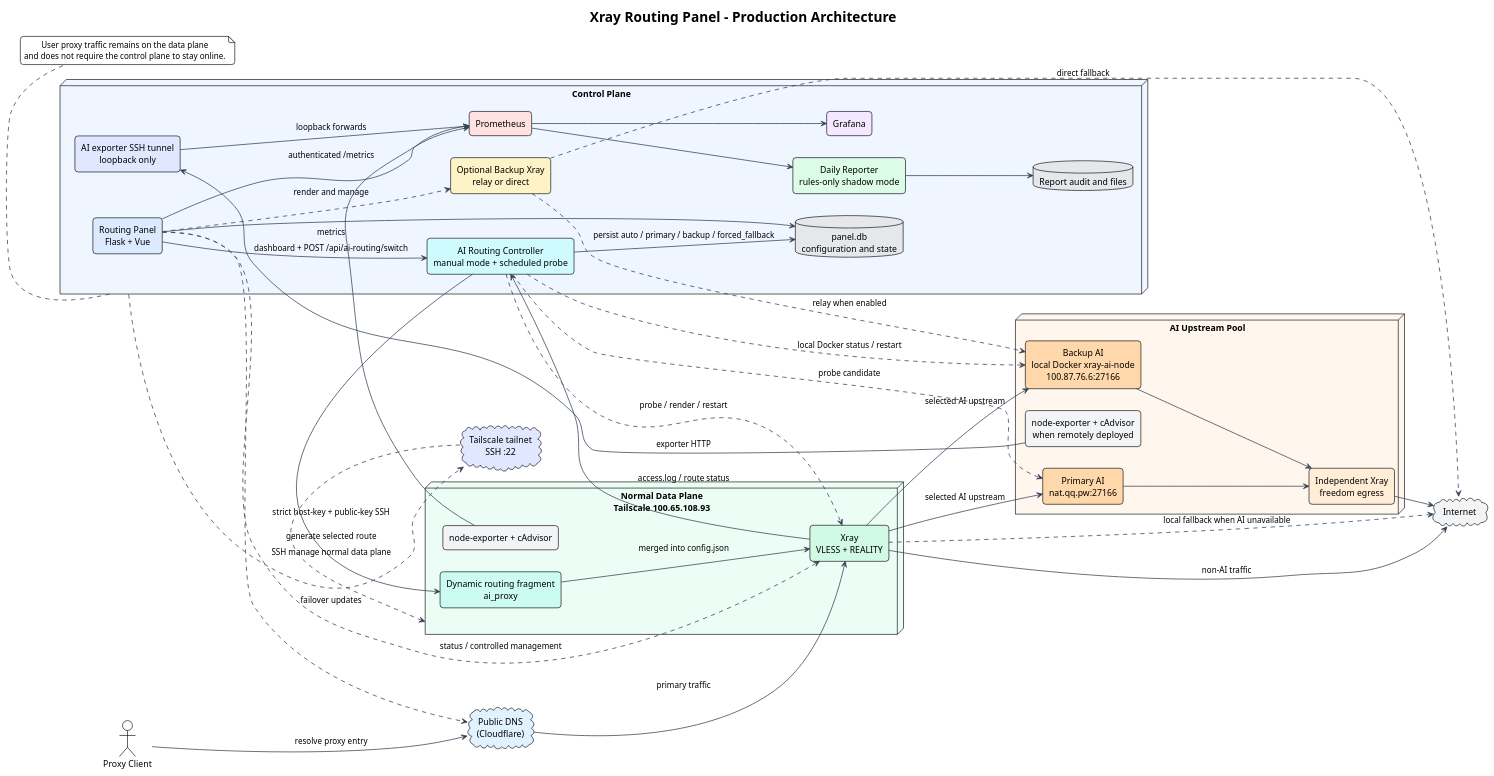
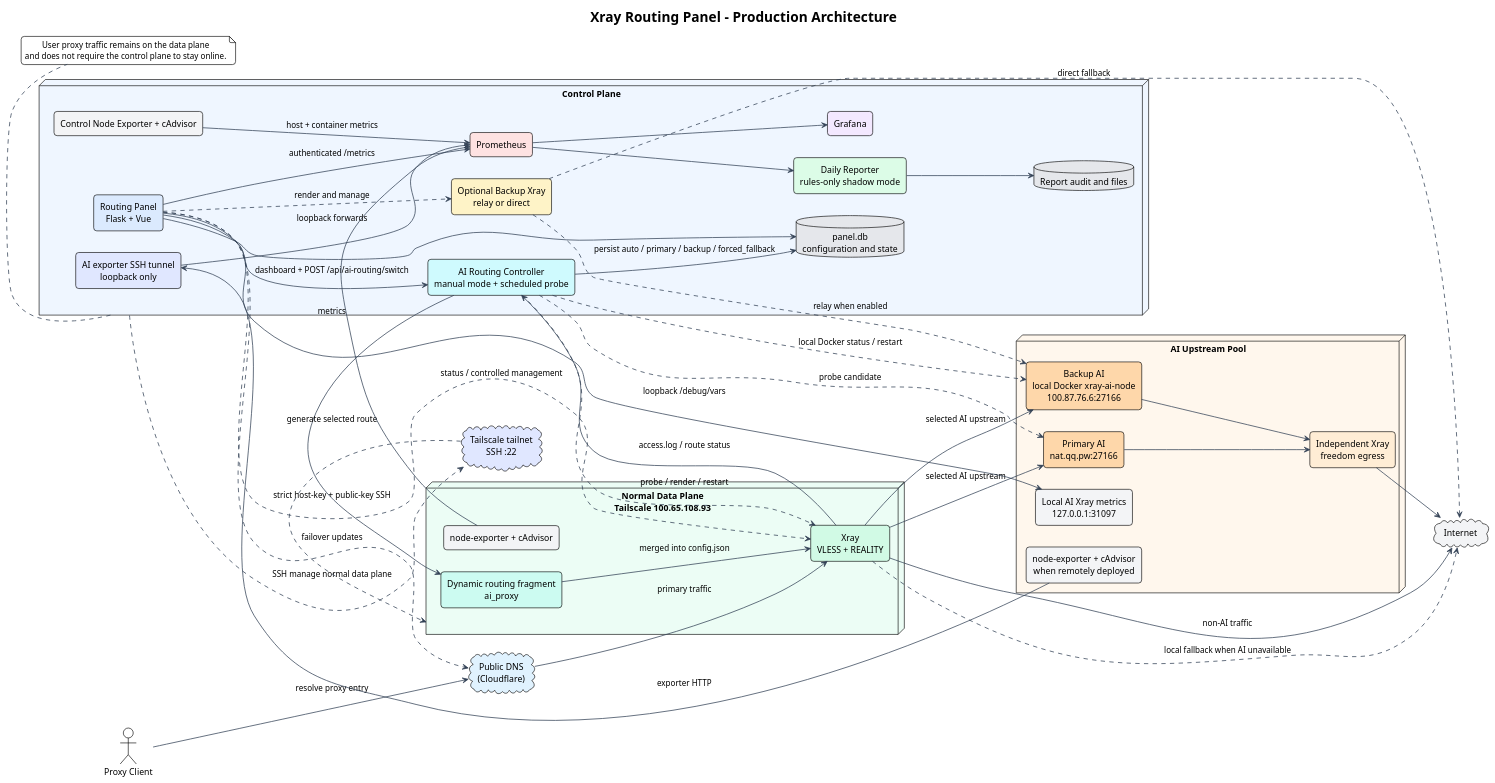
The diagram in docs/diagrams/system-architecture.puml (i-zrhe2016/ai-routing-panel), drawn with PlantUML before and after one commit. The commit also changed 18 other files, not shown here.

```diff
--- a/docs/diagrams/system-architecture.puml
+++ b/docs/diagrams/system-architecture.puml
@@ -1,87 +1,91 @@
 @startuml
 !theme plain
 left to right direction
 skinparam backgroundColor #FFFFFF
 skinparam componentStyle rectangle
 skinparam shadowing false
 skinparam roundcorner 10
 skinparam ArrowColor #334155
 skinparam ArrowThickness 1.2
 skinparam defaultFontName Arial
 skinparam defaultTextAlignment center
 
 title Xray Routing Panel - Production Architecture
 
 actor "Proxy Client" as client
 cloud "Public DNS\n(Cloudflare)" as dns #E0F2FE
 
 node "Control Plane" as control #EFF6FF {
   component "Routing Panel\nFlask + Vue" as panel #DBEAFE
   database "panel.db\nconfiguration and state" as paneldb #E5E7EB
   component "AI Routing Controller\nmanual mode + scheduled probe" as aiController #CFFAFE
   component "Optional Backup Xray\nrelay or direct" as backup #FEF3C7
   component "Prometheus" as prometheus #FEE2E2
   component "Grafana" as grafana #F3E8FF
+  component "Control Node Exporter + cAdvisor" as controlMetrics #F3F4F6
   component "Daily Reporter\nrules-only shadow mode" as reporter #DCFCE7
   database "Report audit and files" as reports #E5E7EB
   component "AI exporter SSH tunnel\nloopback only" as tunnel #E0E7FF
 }
 
 node "Normal Data Plane\nTailscale 100.65.108.93" as normal #ECFDF5 {
   component "Xray\nVLESS + REALITY" as normalXray #D1FAE5
   component "Dynamic routing fragment\nai_proxy" as dynamicRoute #CCFBF1
   component "node-exporter + cAdvisor" as normalMetrics #F3F4F6
 }
 
 node "AI Upstream Pool" as aiPool #FFF7ED {
   component "Primary AI\nnat.qq.pw:27166" as primaryAi #FED7AA
   component "Backup AI\nlocal Docker xray-ai-node\n100.87.76.6:27166" as backupAi #FED7AA
   component "Independent Xray\nfreedom egress" as aiEgress #FFEDD5
+  component "Local AI Xray metrics\n127.0.0.1:31097" as localAiMetrics #F3F4F6
   component "node-exporter + cAdvisor\nwhen remotely deployed" as aiMetrics #F3F4F6
 }
 
 cloud "Internet" as internet #F3F4F6
 cloud "Tailscale tailnet\nSSH :22" as tailnet #E0E7FF
 
 client --> dns : resolve proxy entry
 dns --> normalXray : primary traffic
 normalXray --> internet : non-AI traffic
 normalXray --> primaryAi : selected AI upstream
 normalXray --> backupAi : selected AI upstream
 primaryAi --> aiEgress
 backupAi --> aiEgress
 aiEgress --> internet
 normalXray ..> internet : local fallback when AI unavailable
 
 panel --> paneldb
 panel --> aiController : dashboard + POST /api/ai-routing/switch
 aiController --> paneldb : persist auto / primary / backup / forced_fallback
 aiController ..> normalXray : probe / render / restart
 aiController ..> primaryAi : probe candidate
 aiController ..> backupAi : local Docker status / restart
 panel ..> normalXray : status / controlled management
 panel ..> dns : failover updates
 panel ..> backup : render and manage
 backup ..> backupAi : relay when enabled
 backup ..> internet : direct fallback
+panel --> localAiMetrics : loopback /debug/vars
 
 aiController --> dynamicRoute : generate selected route
 normalXray --> aiController : access.log / route status
 dynamicRoute --> normalXray : merged into config.json
 control ..> tailnet : SSH manage normal data plane
 tailnet ..> normal : strict host-key + public-key SSH
 
 panel --> prometheus : authenticated /metrics
+controlMetrics --> prometheus : host + container metrics
 normalMetrics --> prometheus : metrics
 aiMetrics --> tunnel : exporter HTTP
 tunnel --> prometheus : loopback forwards
 prometheus --> grafana
 prometheus --> reporter
 reporter --> reports
 
 note bottom of control
   User proxy traffic remains on the data plane
   and does not require the control plane to stay online.
 end note
 
 @enduml
```
